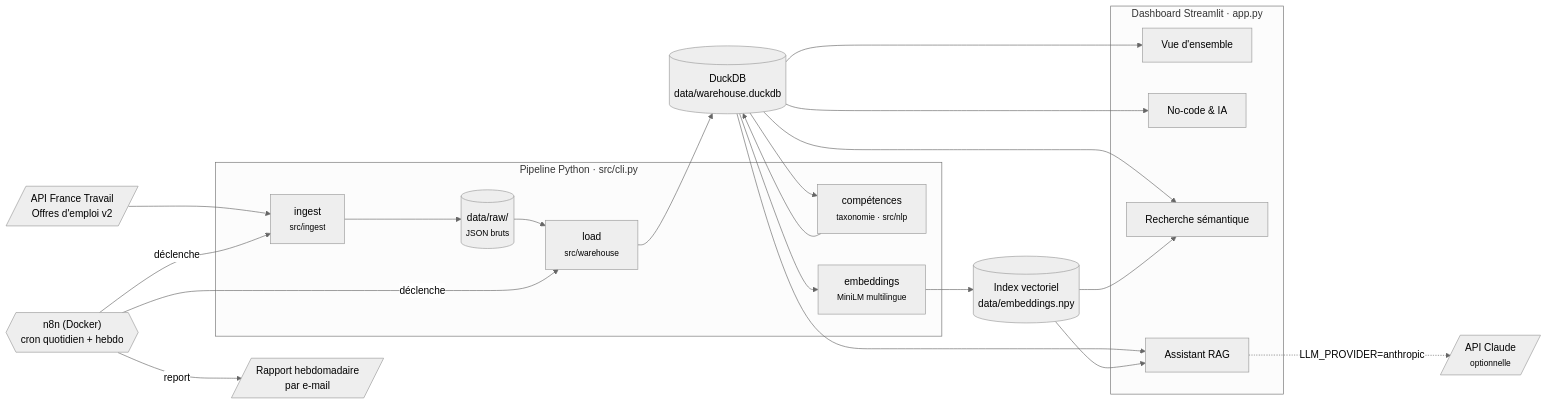
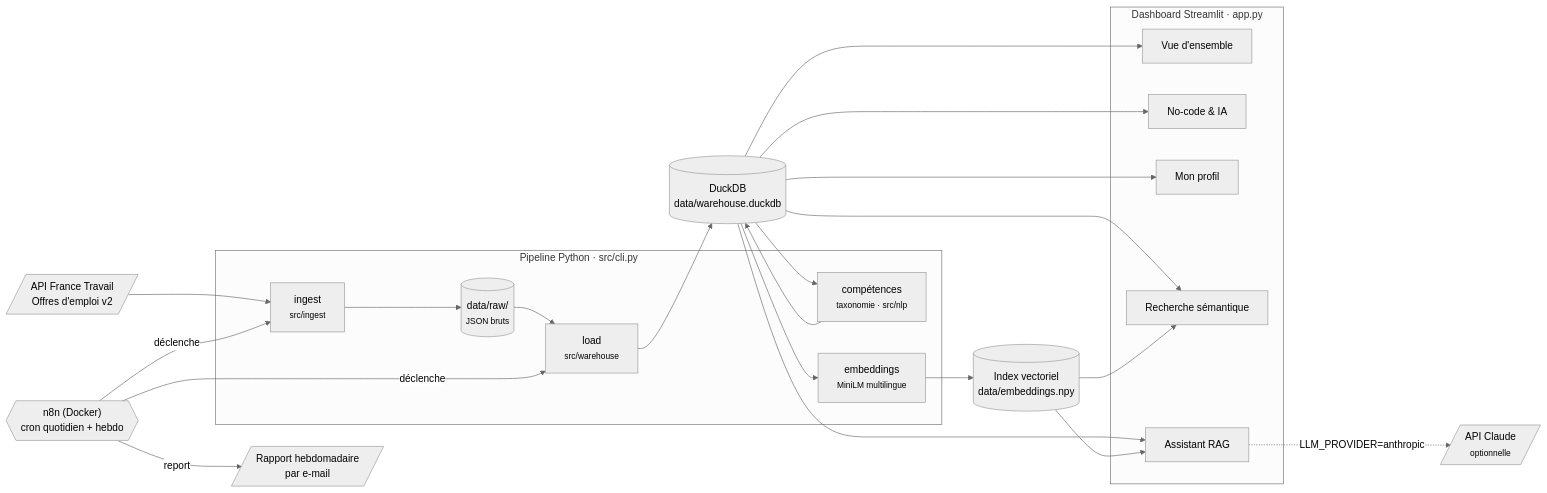
One commit to AndresRocabado/radar-tech-fr changed the diagram in README.md. Above: the diagram before and after it, drawn with Mermaid (neutral theme). The commit also changed other lines of this file and 1 other file, not shown here.

Commit message:
docs: document Mon profil page and clarify data collection history

````diff
--- a/README.md
+++ b/README.md
@@ -20,36 +20,37 @@
 ```mermaid
 flowchart LR
     API[/"API France Travail<br/>Offres d'emploi v2"/]
 
     subgraph PIPE["Pipeline Python · src/cli.py"]
         ING["ingest<br/><small>src/ingest</small>"]
         RAW[("data/raw/<br/><small>JSON bruts</small>")]
         LOAD["load<br/><small>src/warehouse</small>"]
         SK["compétences<br/><small>taxonomie · src/nlp</small>"]
         EMB["embeddings<br/><small>MiniLM multilingue</small>"]
     end
 
     DB[("DuckDB<br/>data/warehouse.duckdb")]
     VEC[("Index vectoriel<br/>data/embeddings.npy")]
 
     subgraph APP["Dashboard Streamlit · app.py"]
         P1["Vue d'ensemble"]
         P2["No-code & IA"]
+        P5["Mon profil"]
         P3["Recherche sémantique"]
         P4["Assistant RAG"]
     end
 
     N8N{{"n8n (Docker)<br/>cron quotidien + hebdo"}}
     MAIL[/"Rapport hebdomadaire<br/>par e-mail"/]
     LLM[/"API Claude<br/><small>optionnelle</small>"/]
 
     API --> ING --> RAW --> LOAD --> DB
     DB --> SK --> DB
     DB --> EMB --> VEC
-    DB --> P1 & P2 & P3 & P4
+    DB --> P1 & P2 & P5 & P3 & P4
     VEC --> P3 & P4
     P4 -. "LLM_PROVIDER=anthropic" .-> LLM
     N8N -- "déclenche" --> ING
     N8N -- "déclenche" --> LOAD
     N8N -- "report" --> MAIL
 ```
````
